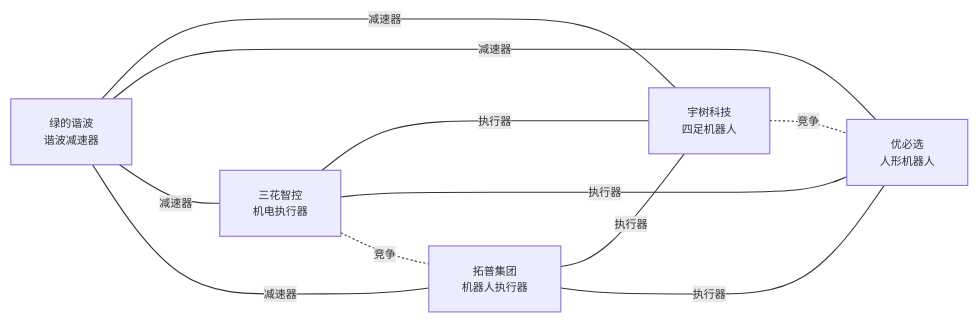
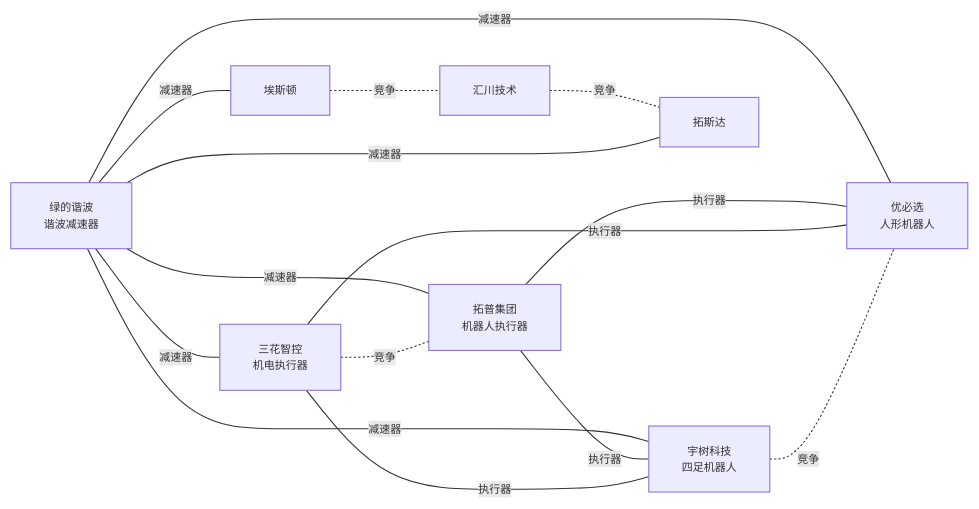
The third of 5 diagrams in industry/wiki/syntheses/公司关联图谱.md (zhangbo1882/open-industry), drawn with Mermaid before and after one commit. The commit also changed other lines of this file and 71 other files, not shown here.

````diff
--- a/industry/wiki/syntheses/公司关联图谱.md
+++ b/industry/wiki/syntheses/公司关联图谱.md
@@ -179,22 +193,26 @@
 ```mermaid
 %%{init: {'themeVariables': {'fontSize': '10px'}}}%%
 graph LR
     宇树科技[宇树科技<br/>四足机器人]
     优必选[优必选<br/>人形机器人]
     三花智控[三花智控<br/>机电执行器]
     拓普集团[拓普集团<br/>机器人执行器]
     绿的谐波[绿的谐波<br/>谐波减速器]
     宇树科技 -.-|竞争| 优必选
     三花智控 ---|执行器| 宇树科技
     三花智控 ---|执行器| 优必选
     拓普集团 ---|执行器| 宇树科技
     拓普集团 ---|执行器| 优必选
     三花智控 -.-|竞争| 拓普集团
     绿的谐波 ---|减速器| 宇树科技
     绿的谐波 ---|减速器| 优必选
     绿的谐波 ---|减速器| 三花智控
+    绿的谐波 ---|减速器| 拓斯达
+    汇川技术 -.-|竞争| 拓斯达
+    埃斯顿 -.-|竞争| 汇川技术
+    绿的谐波 ---|减速器| 埃斯顿
     绿的谐波 ---|减速器| 拓普集团
 
     classDef business fill:#4dabf7,color:#fff,stroke:#1971c2
     classDef competition fill:#ffd43b,color:#333,stroke:#fab005
 ```
````
